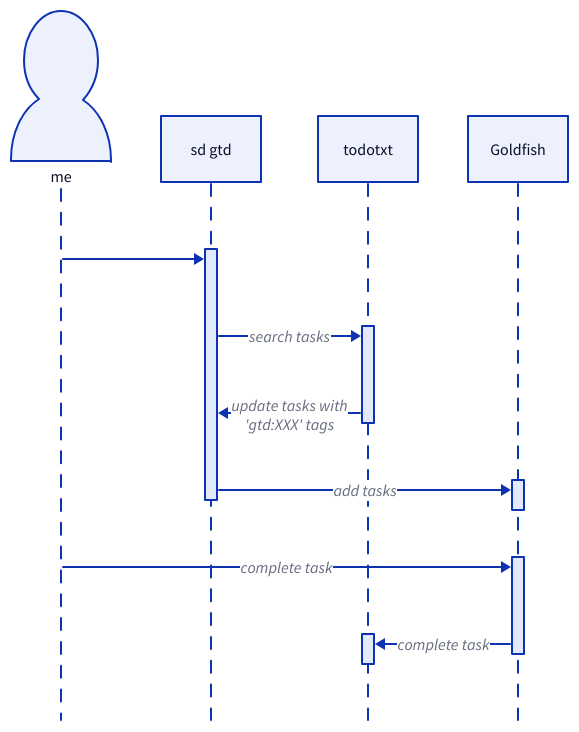
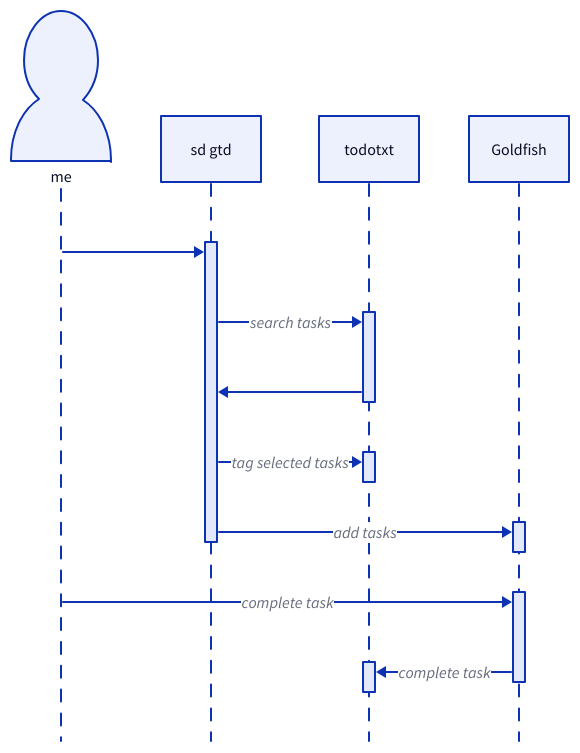
Before and after one commit to aecepoglu/twitchy-poison: the diagram in docs/gtd.d2, drawn with D2. The commit also changed 14 other files, not shown here.

```diff
--- a/docs/gtd.d2
+++ b/docs/gtd.d2
@@ -1,9 +1,10 @@
 me.shape: person
 shape: sequence_diagram
 
 me -> sd gtd.1
 sd gtd.1 -> todotxt.1: search tasks
-todotxt.1 -> sd gtd.1: update tasks with\n'gtd:XXX' tags
+todotxt.1 -> sd gtd.1
+sd gtd.1 -> todotxt.2: tag selected tasks
 sd gtd.1 -> Goldfish.1: add tasks
 me -> Goldfish.2: complete task
-Goldfish.2 -> todotxt.2: complete task
+Goldfish.2 -> todotxt.3: complete task
```
